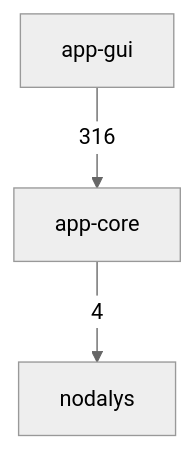
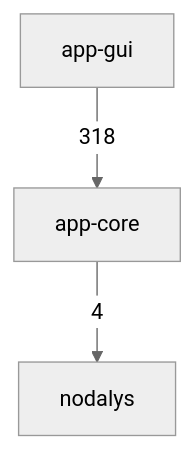
The first of 3 diagrams in docs/architecture.md (ronnymilleo/imcsim), drawn with Mermaid (neutral theme) before and after one commit. The commit also changed other lines of this file, not shown here.

Commit message:
Update the include diagram for the canvas pointer, the S-parameter choices and the logic lane plot

````diff
--- a/docs/architecture.md
+++ b/docs/architecture.md
@@ -22,8 +22,8 @@
 ```mermaid
 flowchart TD
     app_gui[app-gui]
     app_core[app-core]
     nodalys[nodalys]
     app_core -->|4| nodalys
-    app_gui -->|316| app_core
+    app_gui -->|318| app_core
 ```
````
